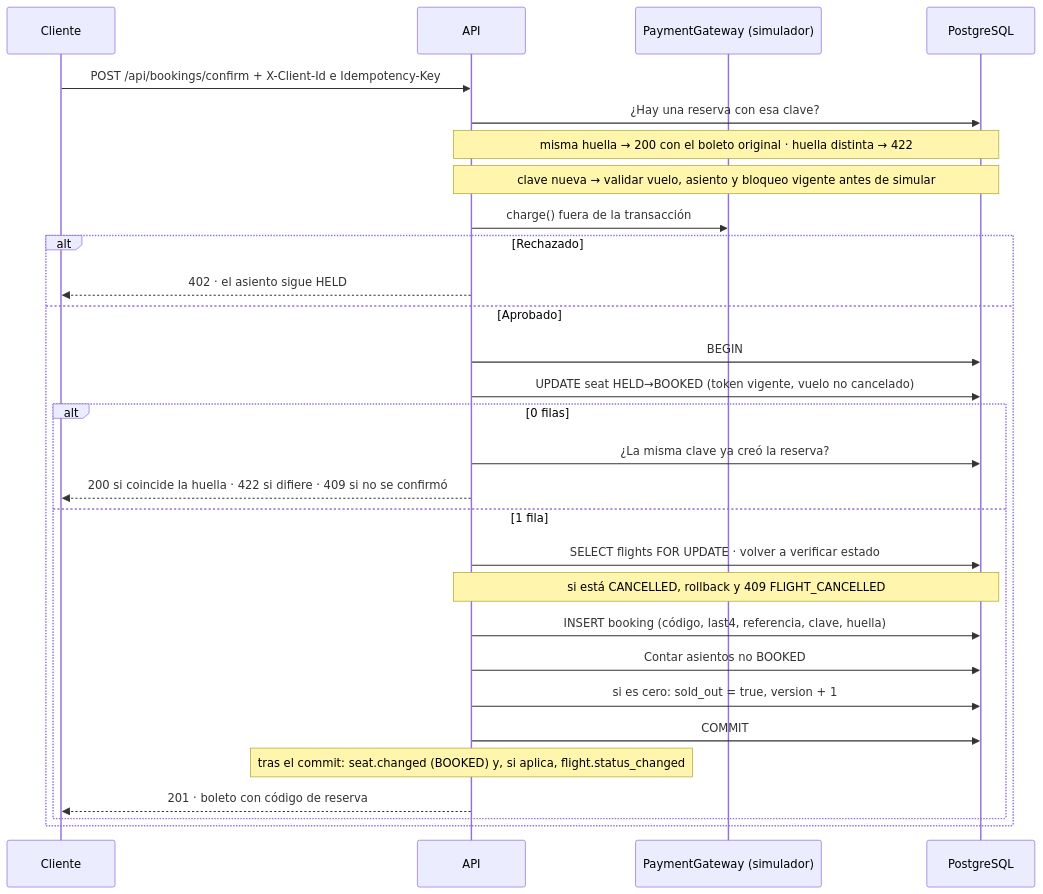
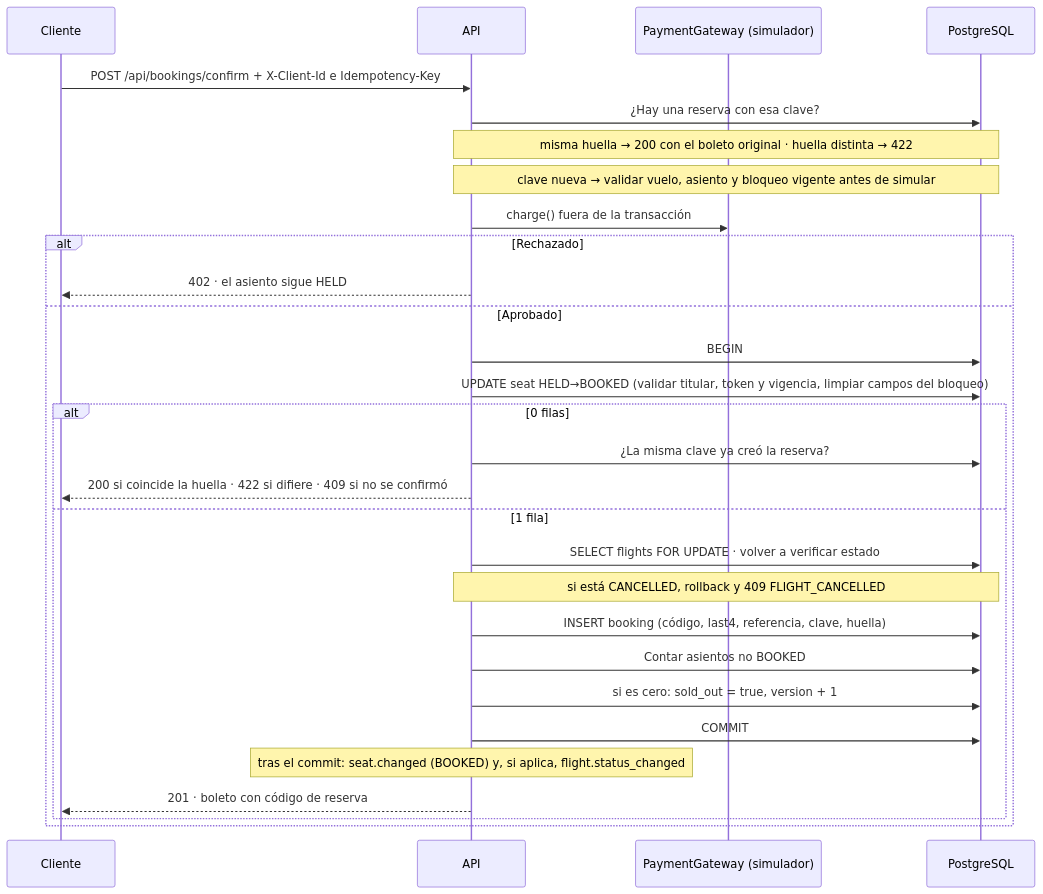
One commit to ingebatista/aeropulse-flight-booking changed the third of 4 diagrams in docs/architecture.md. Above: the diagram before and after it, drawn with Mermaid. The commit also changed other lines of this file and 2 other files, not shown here.

Commit message:
docs: cerrar el alistamiento de persistencia del MVP

````diff
--- a/docs/architecture.md
+++ b/docs/architecture.md
@@ -179,32 +179,32 @@
 ```mermaid
 sequenceDiagram
   participant U as Cliente
   participant API as API
   participant PG as PaymentGateway (simulador)
   participant DB as PostgreSQL
 
   U->>API: POST /api/bookings/confirm + X-Client-Id e Idempotency-Key
   API->>DB: ¿Hay una reserva con esa clave?
   Note over API,DB: misma huella → 200 con el boleto original · huella distinta → 422
   Note over API,DB: clave nueva → validar vuelo, asiento y bloqueo vigente antes de simular
   API->>PG: charge() fuera de la transacción
   alt Rechazado
     API-->>U: 402 · el asiento sigue HELD
   else Aprobado
     API->>DB: BEGIN
-    API->>DB: UPDATE seat HELD→BOOKED (token vigente, vuelo no cancelado)
+    API->>DB: UPDATE seat HELD→BOOKED (validar titular, token y vigencia, limpiar campos del bloqueo)
     alt 0 filas
       API->>DB: ¿La misma clave ya creó la reserva?
       API-->>U: 200 si coincide la huella · 422 si difiere · 409 si no se confirmó
     else 1 fila
       API->>DB: SELECT flights FOR UPDATE · volver a verificar estado
       Note over API,DB: si está CANCELLED, rollback y 409 FLIGHT_CANCELLED
       API->>DB: INSERT booking (código, last4, referencia, clave, huella)
       API->>DB: Contar asientos no BOOKED
       API->>DB: si es cero: sold_out = true, version + 1
       API->>DB: COMMIT
       Note over API: tras el commit: seat.changed (BOOKED) y, si aplica, flight.status_changed
       API-->>U: 201 · boleto con código de reserva
     end
   end
 ```
````
